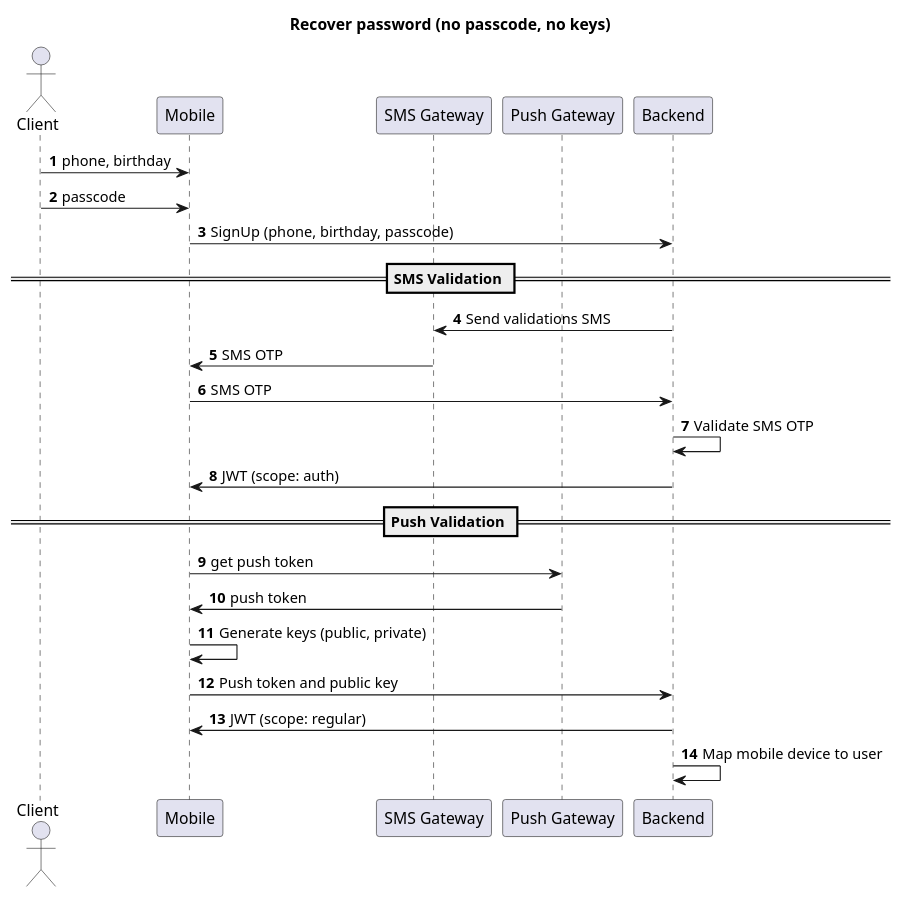
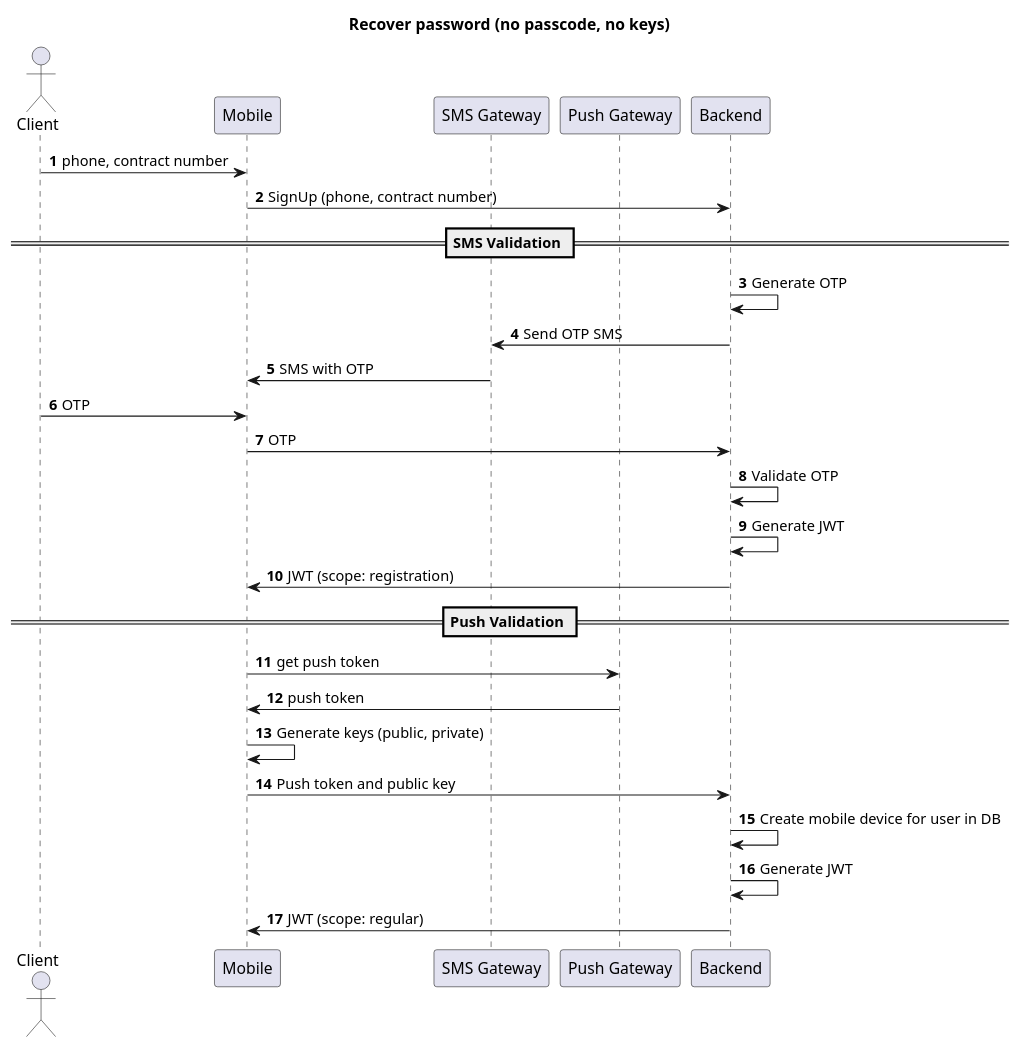
One commit to eslusarenko/HTBS changed the diagram in Auth/recoverPassword.plantuml. Above: the diagram before and after it, drawn with PlantUML. The commit also changed 3 other files, not shown here.

```diff
--- a/Auth/recoverPassword.plantuml
+++ b/Auth/recoverPassword.plantuml
@@ -1,29 +1,32 @@
 @startuml
 title: Recover password (no passcode, no keys)
 
 actor Client as user
 participant Mobile as Mob
 participant "SMS Gateway" as sms
 participant "Push Gateway" as push
 participant Backend as Back
 
 autonumber
-user -> Mob: phone, birthday
-user -> Mob: passcode
-Mob -> Back: SignUp (phone, birthday, passcode)
+user -> Mob: phone, contract number
+Mob -> Back: SignUp (phone, contract number)
 
 == SMS Validation ==
-Back -> sms: Send validations SMS
-sms -> Mob: SMS OTP
-Mob -> Back: SMS OTP
-Back -> Back: Validate SMS OTP
-Back -> Mob: JWT (scope: auth)
+Back -> Back: Generate OTP
+Back -> sms: Send OTP SMS
+sms -> Mob: SMS with OTP
+user -> Mob: OTP
+Mob -> Back: OTP
+Back -> Back: Validate OTP
+Back -> Back: Generate JWT
+Back -> Mob: JWT (scope: registration)
 
 == Push Validation ==
 Mob -> push: get push token
 push -> Mob: push token
 Mob -> Mob: Generate keys (public, private)
 Mob -> Back: Push token and public key
+Back -> Back: Create mobile device for user in DB
+Back -> Back: Generate JWT
 Back -> Mob: JWT (scope: regular)
-Back -> Back: Map mobile device to user
 @enduml
```
